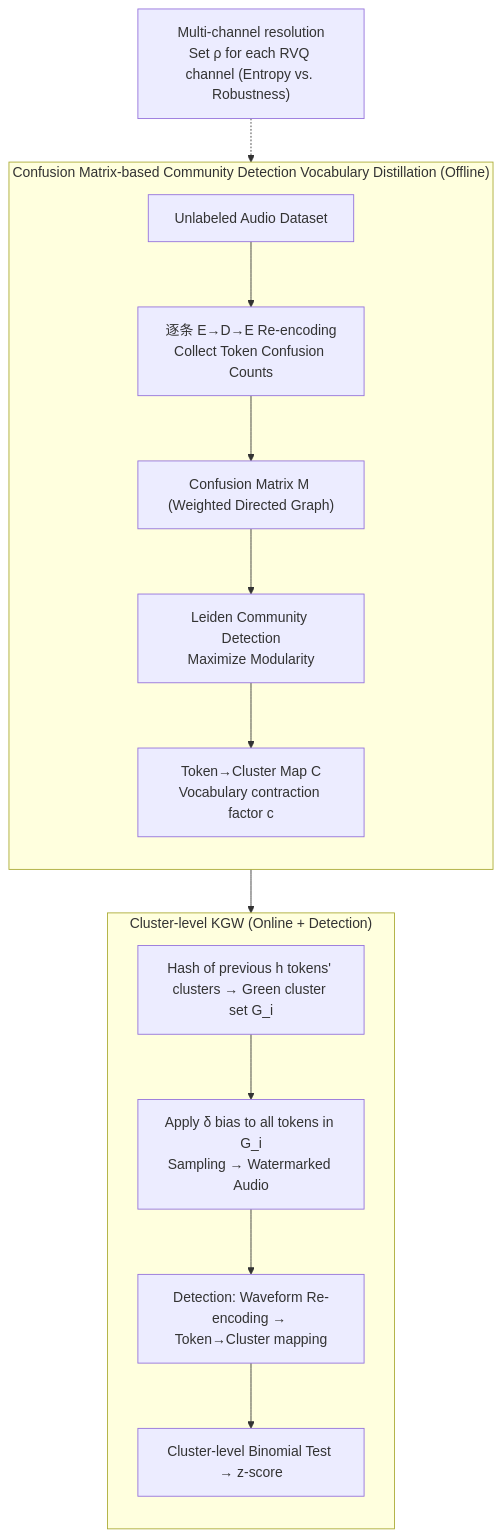
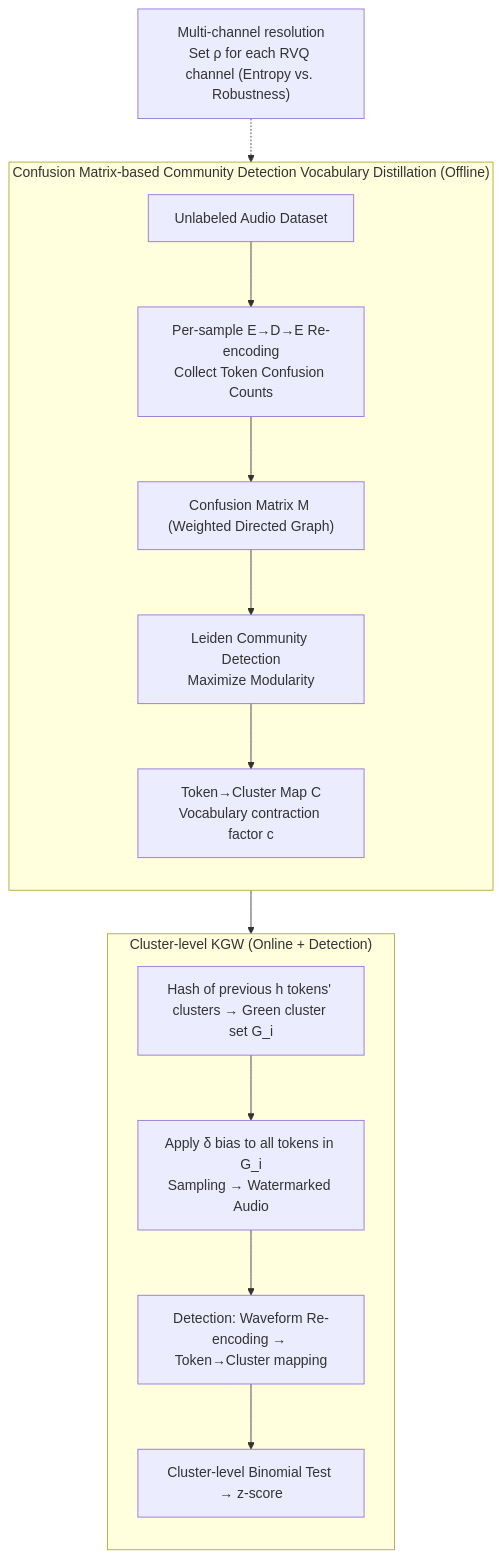
One commit to zhaoyang97/Paper-Notes-en changed the diagram in docs/ICML2026/ai_safety/hidden_in_plain_tokens_simply_robust_gradient-free_watermark_for_synthetic_audio.md. Above: the diagram before and after it, drawn with Mermaid. The commit also changed 644 other files, not shown here.

````diff
--- a/docs/ICML2026/ai_safety/hidden_in_plain_tokens_simply_robust_gradient-free_watermark_for_synthetic_audio.md
+++ b/docs/ICML2026/ai_safety/hidden_in_plain_tokens_simply_robust_gradient-free_watermark_for_synthetic_audio.md
@@ -48,18 +48,18 @@
 ```mermaid
 flowchart TD
     subgraph OFF["Confusion Matrix-based Community Detection Vocabulary Distillation (Offline)"]
         direction TB
-        A["Unlabeled Audio Dataset"] --> B["逐条 E→D→E Re-encoding<br/>Collect Token Confusion Counts"]
+        A["Unlabeled Audio Dataset"] --> B["Per-sample E→D→E Re-encoding<br/>Collect Token Confusion Counts"]
         B --> C["Confusion Matrix M (Weighted Directed Graph)"]
         C --> D["Leiden Community Detection<br/>Maximize Modularity"]
         D --> E["Token→Cluster Map C<br/>Vocabulary contraction factor c"]
     end
     R["Multi-channel resolution<br/>Set ρ for each RVQ channel (Entropy vs. Robustness)"] -.-> D
     E --> F
     subgraph ONL["Cluster-level KGW (Online + Detection)"]
         direction TB
         F["Hash of previous h tokens' clusters → Green cluster set G_i"] --> G["Apply δ bias to all tokens in G_i<br/>Sampling → Watermarked Audio"]
         G --> H["Detection: Waveform Re-encoding → Token→Cluster mapping"]
         H --> I["Cluster-level Binomial Test → z-score"]
     end
 ```
````
